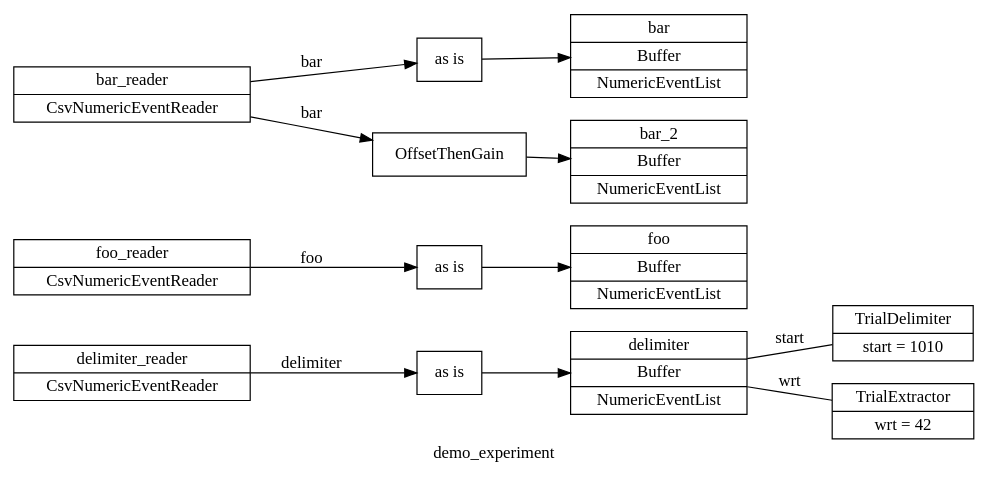
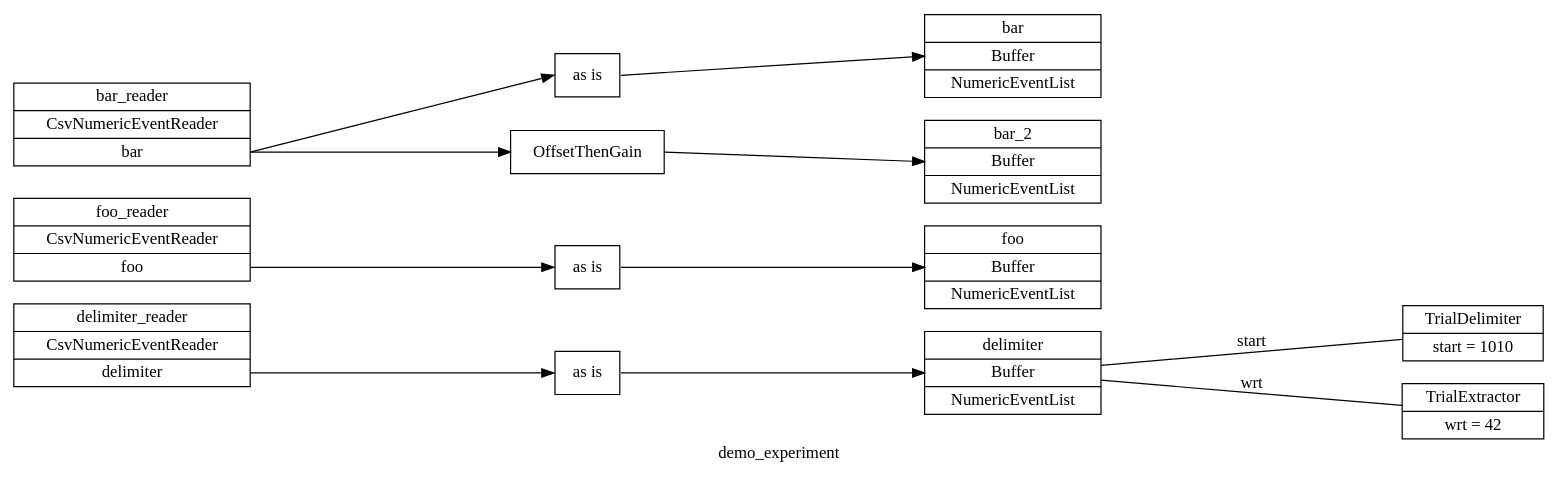
One commit to benjamin-heasly/gold-lab-nwb-conversions changed the diagram in pyramid/docs/core-demo/demo_experiment.dot. Above: the diagram before and after it, drawn with Graphviz. The commit also changed 6 other files, not shown here.

Commit message:
Pyramid graph include initial data names in reader nodes.

```diff
--- a/pyramid/docs/core-demo/demo_experiment.dot
+++ b/pyramid/docs/core-demo/demo_experiment.dot
@@ -1,26 +1,26 @@
 digraph demo_experiment {
-	graph [label=demo_experiment rankdir=LR]
-	delimiter_reader [label="delimiter_reader|CsvNumericEventReader" shape=record]
-	foo_reader [label="foo_reader|CsvNumericEventReader" shape=record]
-	bar_reader [label="bar_reader|CsvNumericEventReader" shape=record]
+	graph [label=demo_experiment overlap=scale rankdir=LR ranksep=3.0 splines=false]
+	delimiter_reader [label="delimiter_reader|CsvNumericEventReader|<delimiter>delimiter" shape=record]
+	foo_reader [label="foo_reader|CsvNumericEventReader|<foo>foo" shape=record]
+	bar_reader [label="bar_reader|CsvNumericEventReader|<bar>bar" shape=record]
 	delimiter [label="delimiter|Buffer|NumericEventList" shape=record]
 	foo [label="foo|Buffer|NumericEventList" shape=record]
 	bar [label="bar|Buffer|NumericEventList" shape=record]
 	bar_2 [label="bar_2|Buffer|NumericEventList" shape=record]
 	delimiter_reader_route_0 [label="as is" shape=record]
-	delimiter_reader -> delimiter_reader_route_0 [label=delimiter]
-	delimiter_reader_route_0 -> delimiter
+	delimiter_reader:delimiter:e -> delimiter_reader_route_0:w
+	delimiter_reader_route_0:e -> delimiter:w
 	foo_reader_route_0 [label="as is" shape=record]
-	foo_reader -> foo_reader_route_0 [label=foo]
-	foo_reader_route_0 -> foo
+	foo_reader:foo:e -> foo_reader_route_0:w
+	foo_reader_route_0:e -> foo:w
 	bar_reader_route_0 [label="as is" shape=record]
-	bar_reader -> bar_reader_route_0 [label=bar]
-	bar_reader_route_0 -> bar
+	bar_reader:bar:e -> bar_reader_route_0:w
+	bar_reader_route_0:e -> bar:w
 	bar_reader_route_1 [label=OffsetThenGain shape=record]
-	bar_reader -> bar_reader_route_1 [label=bar]
-	bar_reader_route_1 -> bar_2
+	bar_reader:bar:e -> bar_reader_route_1:w
+	bar_reader_route_1:e -> bar_2:w
 	trial_delimiter [label="TrialDelimiter|start = 1010" shape=record]
 	delimiter -> trial_delimiter [label=start arrowhead=none arrowtail=none]
 	trial_extractor [label="TrialExtractor|wrt = 42" shape=record]
 	delimiter -> trial_extractor [label=wrt arrowhead=none arrowtail=none]
 }
```
